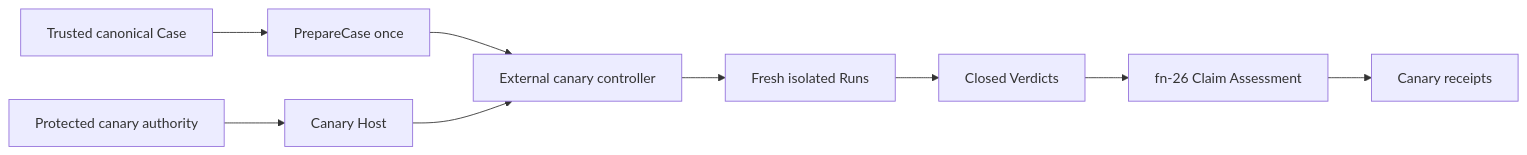
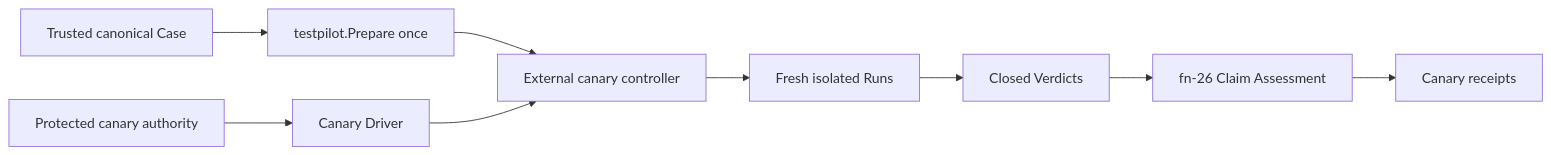
One commit to stephanos/temporal changed the diagram in .flow/specs/fn-29-bounded-production-canary-execution-and.md. Above: the diagram before and after it, drawn with Mermaid. The commit also changed other lines of this file and 321 other files, not shown here.

````diff
--- a/.flow/specs/fn-29-bounded-production-canary-execution-and.md
+++ b/.flow/specs/fn-29-bounded-production-canary-execution-and.md
@@ -13,11 +13,11 @@
 ```mermaid
 flowchart LR
-  T[Trusted canonical Case] --> P[PrepareCase once]
-  A[Protected canary authority] --> H[Canary Host]
+  T[Trusted canonical Case] --> P[testpilot.Prepare once]
+  A[Protected canary authority] --> H[Canary Driver]
   P --> C[External canary controller]
   H --> C
   C --> R[Fresh isolated Runs]
   R --> V[Closed Verdicts]
   V --> Q[fn-26 Claim Assessment]
   Q --> X[Canary receipts]
 ```
````
